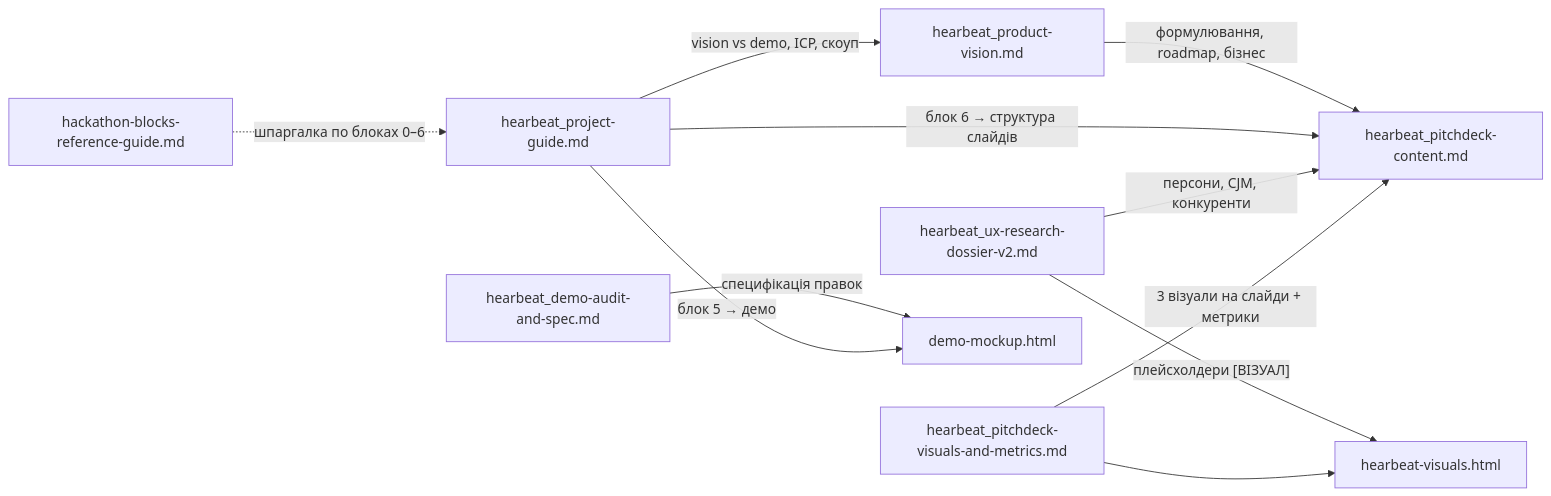
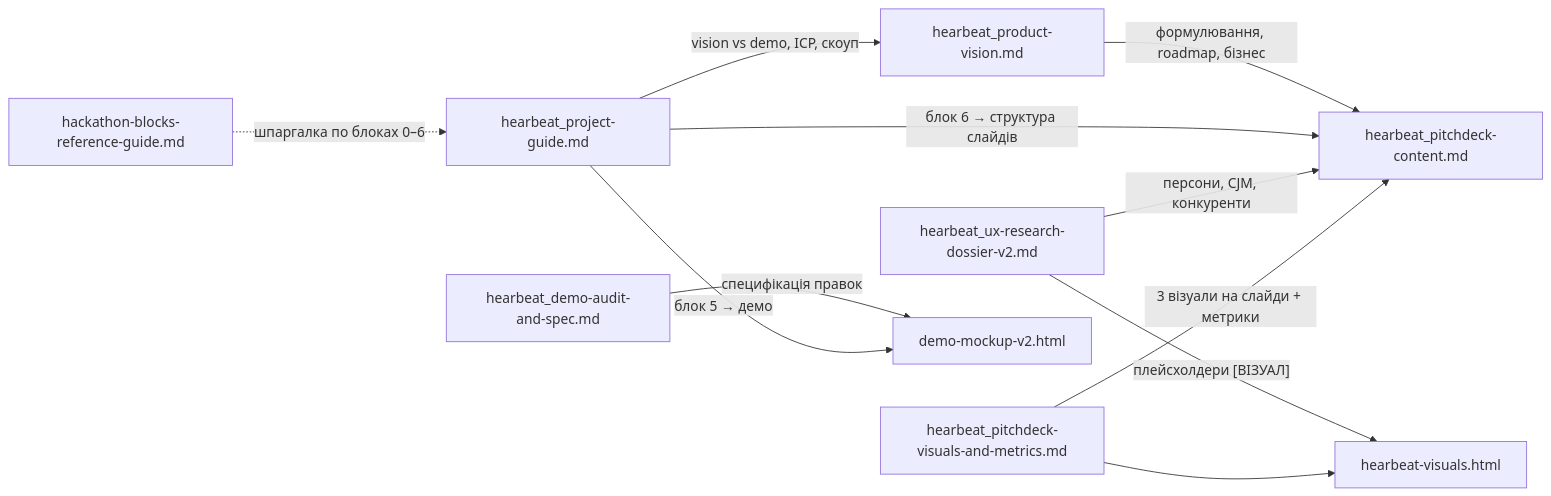
One commit to odessitua/hearbeat changed the diagram in hackaton/README.md. Above: the diagram before and after it, drawn with Mermaid. The commit also changed other lines of this file and 4 other files, not shown here.

````diff
--- a/hackaton/README.md
+++ b/hackaton/README.md
@@ -80,23 +85,23 @@
 ```mermaid
 flowchart LR
   PG[hearbeat_project-guide.md]
   PV[hearbeat_product-vision.md]
   PD[hearbeat_pitchdeck-content.md]
   PVM[hearbeat_pitchdeck-visuals-and-metrics.md]
   UX[hearbeat_ux-research-dossier-v2.md]
   VIS[hearbeat-visuals.html]
-  DEMO[demo-mockup.html]
+  DEMO[demo-mockup-v2.html]
   AUD[hearbeat_demo-audit-and-spec.md]
   REF[hackathon-blocks-reference-guide.md]
 
   PV -->|"формулювання, roadmap, бізнес"| PD
   PG -->|"блок 6 → структура слайдів"| PD
   PG -->|"vision vs demo, ICP, скоуп"| PV
   UX -->|"персони, CJM, конкуренти"| PD
   UX -->|"плейсхолдери [ВІЗУАЛ]"| VIS
   PVM -->|"3 візуали на слайди + метрики"| PD
   PVM --> VIS
   AUD -->|"специфікація правок"| DEMO
   PG -->|"блок 5 → демо"| DEMO
   REF -.->|"шпаргалка по блоках 0–6"| PG
 ```
````
